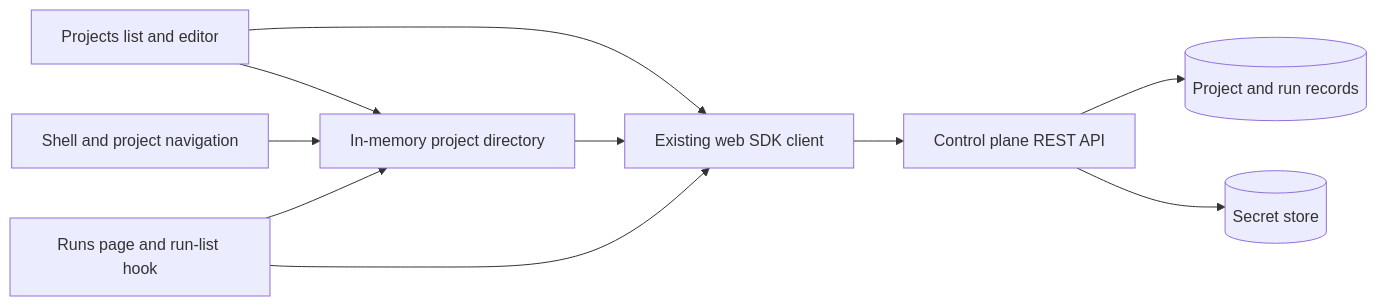
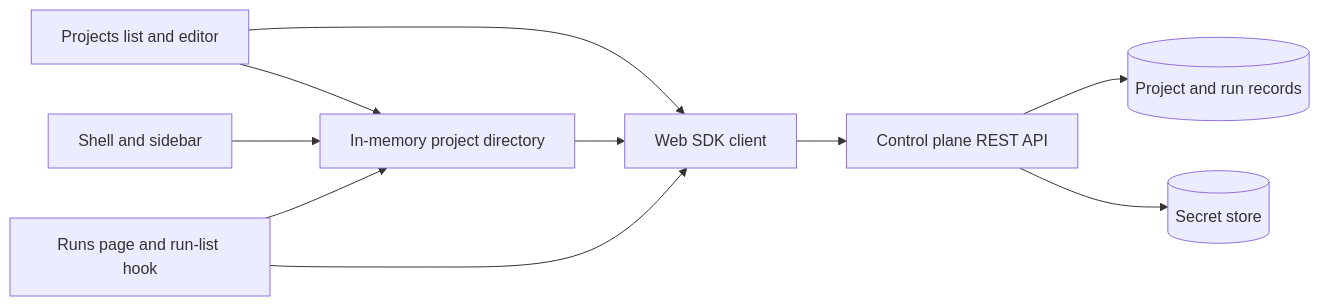
Before and after one commit to markdstafford/autocatalyst: the second of 3 diagrams in context-human/specs/feature-project-and-credential-setup.md, drawn with Mermaid. The commit also changed other lines of this file, not shown here.

Commit message:
docs: revise feature spec project-and-credential-setup

````diff
--- a/context-human/specs/feature-project-and-credential-setup.md
+++ b/context-human/specs/feature-project-and-credential-setup.md
@@ -154,12 +157,12 @@
 ```mermaid
 flowchart LR
   E[Projects list and editor] --> D[In-memory project directory]
-  S[Shell and project navigation] --> D
+  S[Shell and sidebar] --> D
   R[Runs page and run-list hook] --> D
-  E --> SDK[Existing web SDK client]
+  E --> SDK[Web SDK client]
   D --> SDK
   R --> SDK
   SDK --> CP[Control plane REST API]
   CP --> DB[(Project and run records)]
   CP --> SS[(Secret store)]
 ```
````
